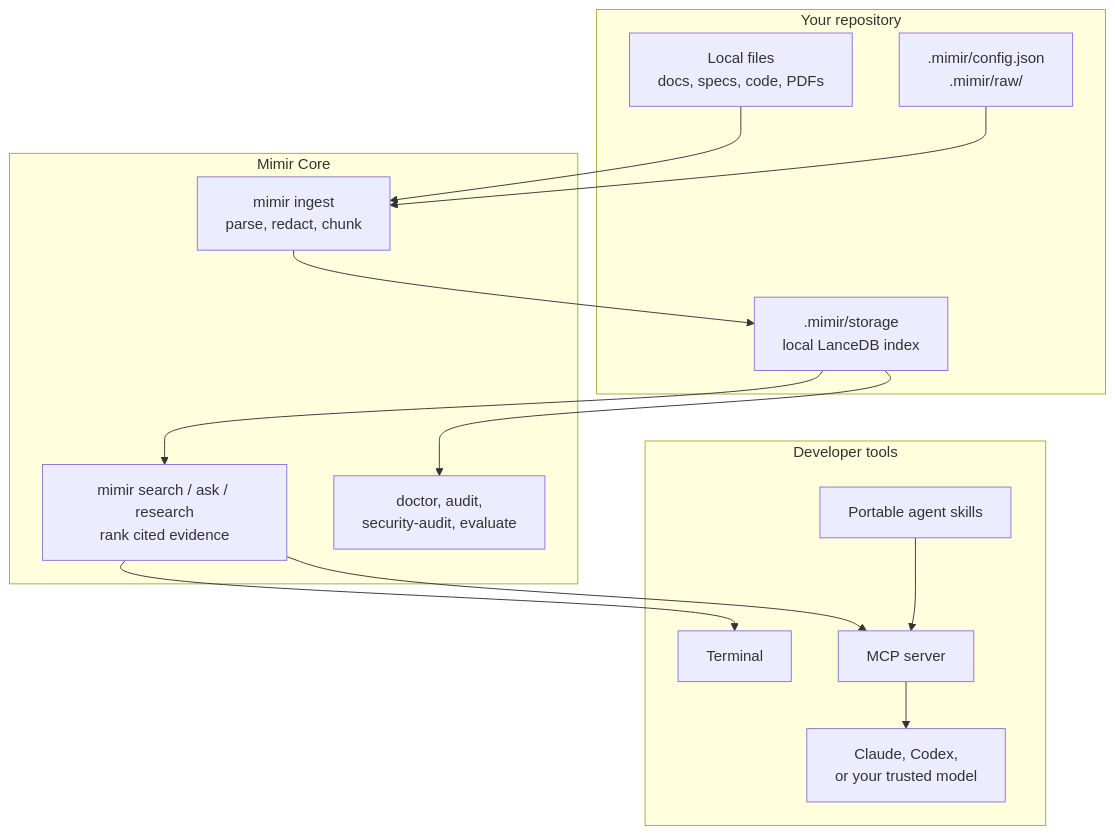
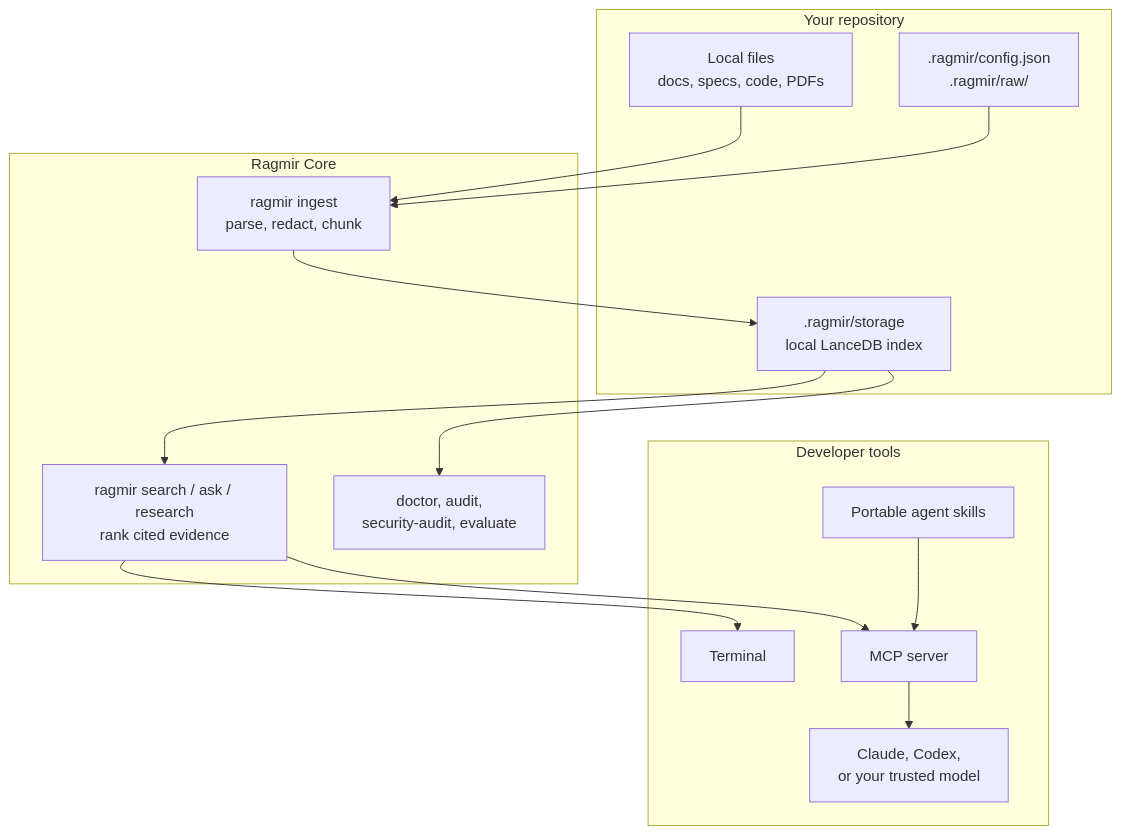
Before and after one commit to jcode-works/jcode-ragmir: the diagram in README.md, drawn with Mermaid. The commit also changed other lines of this file and 506 other files, not shown here.

First line of the commit message:
refactor(rebrand)!: rename Mimir to Ragmir across packages, CLI, docs, and landing

````diff
--- a/README.md
+++ b/README.md
@@ -49,31 +49,31 @@
 ```mermaid
 flowchart TD
   subgraph Workspace["Your repository"]
     Docs["Local files<br/>docs, specs, code, PDFs"]
-    Config[".mimir/config.json<br/>.mimir/raw/"]
-    Index[".mimir/storage<br/>local LanceDB index"]
+    Config[".ragmir/config.json<br/>.ragmir/raw/"]
+    Index[".ragmir/storage<br/>local LanceDB index"]
   end
 
-  subgraph Mimir["Mimir Core"]
-    Ingest["mimir ingest<br/>parse, redact, chunk"]
-    Retrieve["mimir search / ask / research<br/>rank cited evidence"]
+  subgraph Ragmir["Ragmir Core"]
+    Ingest["ragmir ingest<br/>parse, redact, chunk"]
+    Retrieve["ragmir search / ask / research<br/>rank cited evidence"]
     Audit["doctor, audit,<br/>security-audit, evaluate"]
   end
 
   subgraph Agents["Developer tools"]
     CLI["Terminal"]
     MCP["MCP server"]
     Skills["Portable agent skills"]
     LLM["Claude, Codex,<br/>or your trusted model"]
   end
 
   Docs --> Ingest
   Config --> Ingest
   Ingest --> Index
   Index --> Retrieve
   Index --> Audit
   Retrieve --> CLI
   Retrieve --> MCP
   Skills --> MCP
   MCP --> LLM
 ```
````
